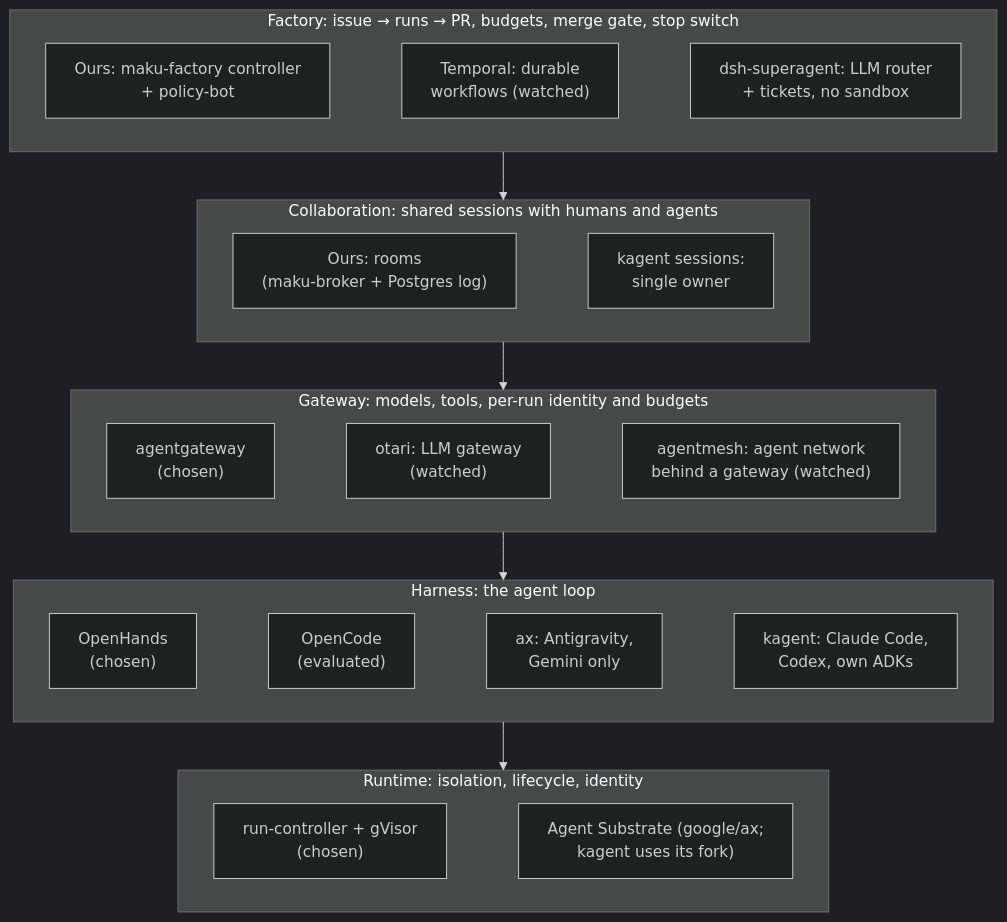
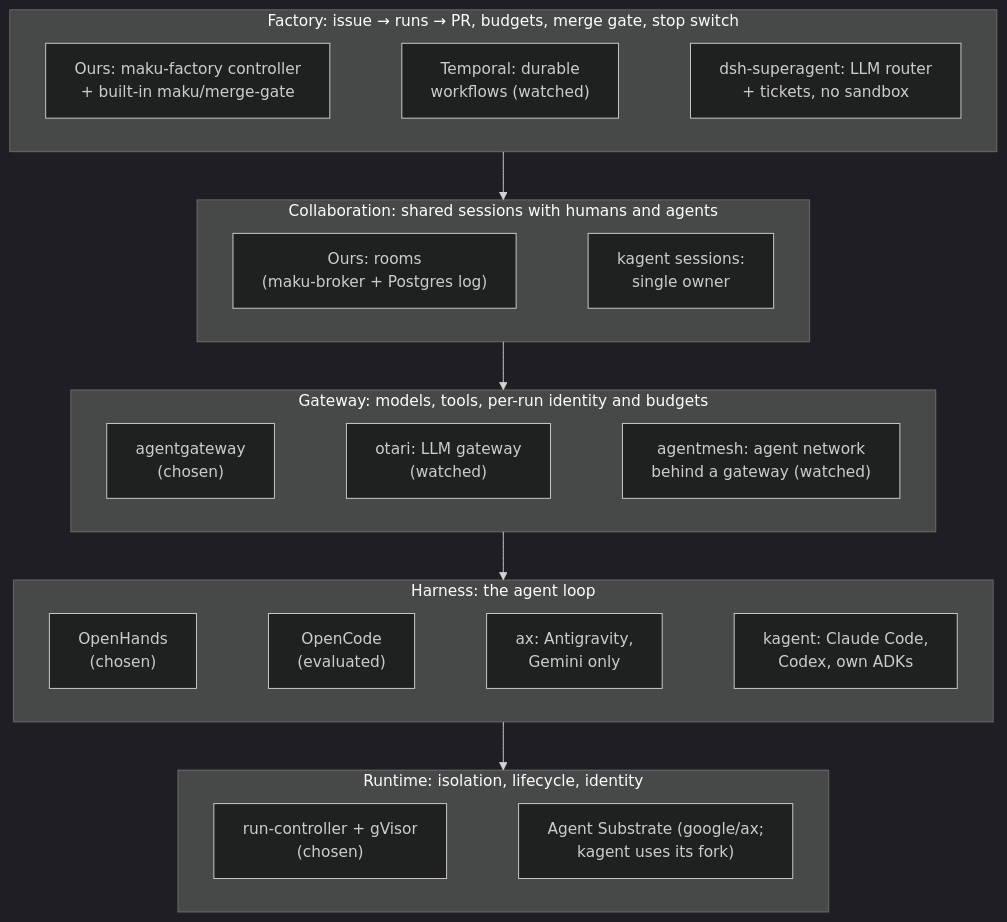
One commit to Smana/ai-native-ref changed the diagram in website/content/docs/how-it-works/alternatives.md. Above: the diagram before and after it, drawn with Mermaid (dark theme). The commit also changed other lines of this file, not shown here.

Commit message:
docs: name the built-in maku/merge-gate in the alternatives comparison
The merge-gate comparison in how-it-works/alternatives.md still presented
policy-bot as the shipped merge gate. The L5 diagram node and the
Merge gate row now name Maku's built-in maku/merge-gate with its dedicated
merger App, and policy-bot moves to the alternatives column. Historical
ADRs are unchanged.

Fixes #423

Agent-Run: f54ans6i
Agent-Task: 57bkwslw

````diff
--- a/website/content/docs/how-it-works/alternatives.md
+++ b/website/content/docs/how-it-works/alternatives.md
@@ -43,25 +43,25 @@
 ```mermaid
 %%{init: {"flowchart": {"wrappingWidth": 400}}}%%
 flowchart TB
   subgraph L5["Factory: issue → runs → PR, budgets, merge gate, stop switch"]
     direction LR
-    F5["Ours: maku-factory controller<br/>+ policy-bot"] ~~~ T5["Temporal: durable<br/>workflows (watched)"] ~~~ D5["dsh-superagent: LLM router<br/>+ tickets, no sandbox"]
+    F5["Ours: maku-factory controller<br/>+ built-in maku/merge-gate"] ~~~ T5["Temporal: durable<br/>workflows (watched)"] ~~~ D5["dsh-superagent: LLM router<br/>+ tickets, no sandbox"]
   end
   subgraph L4["Collaboration: shared sessions with humans and agents"]
     direction LR
     F4["Ours: rooms<br/>(maku-broker + Postgres log)"] ~~~ K4["kagent sessions:<br/>single owner"]
   end
   subgraph L3["Gateway: models, tools, per-run identity and budgets"]
     direction LR
     F3["agentgateway<br/>(chosen)"] ~~~ O3["otari: LLM gateway<br/>(watched)"] ~~~ M3["agentmesh: agent network<br/>behind a gateway (watched)"]
   end
   subgraph L2["Harness: the agent loop"]
     direction LR
     F2["OpenHands<br/>(chosen)"] ~~~ O2C["OpenCode<br/>(evaluated)"] ~~~ A2["ax: Antigravity,<br/>Gemini only"] ~~~ K2["kagent: Claude Code,<br/>Codex, own ADKs"]
   end
   subgraph L1["Runtime: isolation, lifecycle, identity"]
     direction LR
     F1["run-controller + gVisor<br/>(chosen)"] ~~~ S1["Agent Substrate (google/ax;<br/>kagent uses its fork)"]
   end
   L5 --> L4 --> L3 --> L2 --> L1
 ```
````
